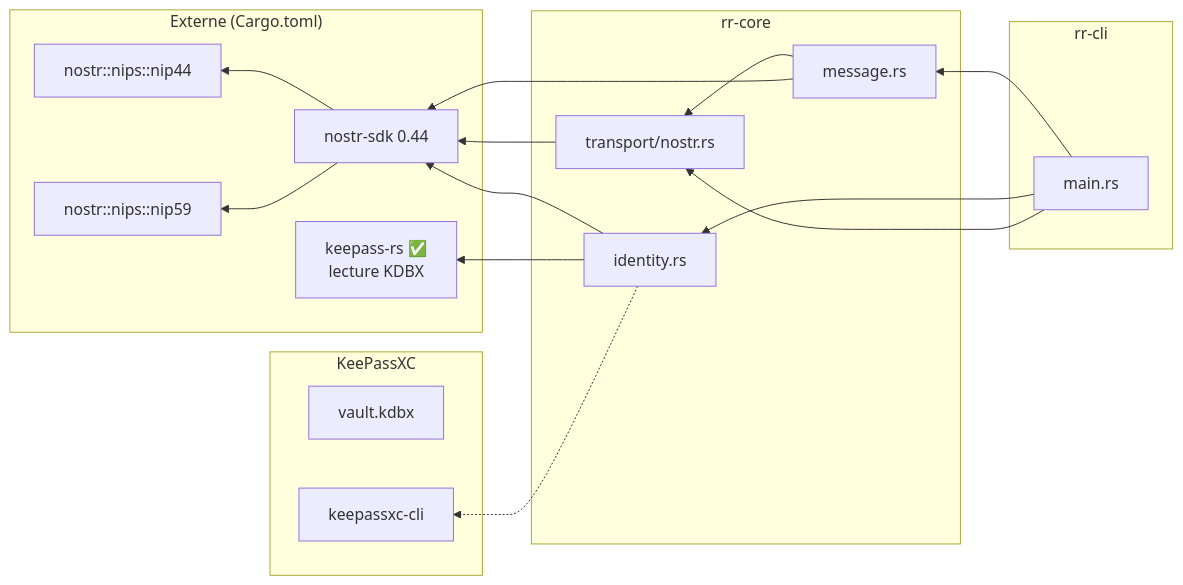
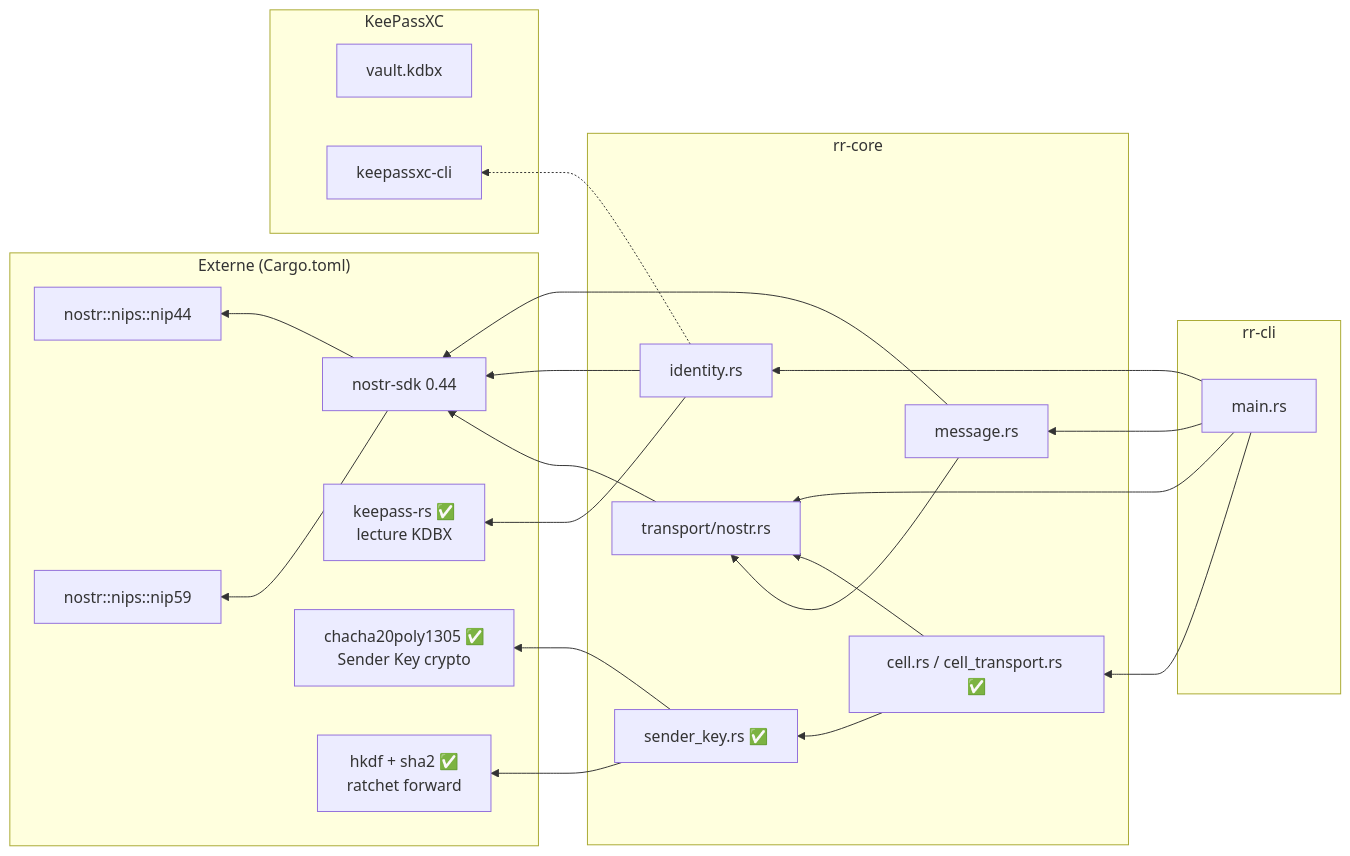
Before and after one commit to giak/reseau-racine: diagram 12 of 13 in docs/ARCHITECTURE.md, drawn with Mermaid. The commit also changed other lines of this file and 2 other files, not shown here.

Commit message:
docs: sync README, GUIDE, ARCHITECTURE for EPIC 2+5

````diff
--- a/docs/ARCHITECTURE.md
+++ b/docs/ARCHITECTURE.md
@@ -412,36 +427,45 @@
 ```mermaid
 graph RL
     subgraph RR_CLI["rr-cli"]
         MAIN["main.rs"]
     end
 
     subgraph RR_CORE["rr-core"]
         IDENTITY["identity.rs"]
         MESSAGE["message.rs"]
         TRANSPORT["transport/nostr.rs"]
+        CELL["cell.rs / cell_transport.rs ✅"]
+        SK["sender_key.rs ✅"]
     end
 
     subgraph EXTERNAL["Externe (Cargo.toml)"]
         NS["nostr-sdk 0.44"]
         N44["nostr::nips::nip44"]
         N59["nostr::nips::nip59"]
         KP["keepass-rs ✅<br/>lecture KDBX"]
+        CHACHA["chacha20poly1305 ✅<br/>Sender Key crypto"]
+        HKDF["hkdf + sha2 ✅<br/>ratchet forward"]
     end
 
     subgraph KEYCHAIN["KeePassXC"]
         KDBX["vault.kdbx"]
         CLI_XC_EXT["keepassxc-cli"]
     end
 
     MAIN --> MESSAGE
     MAIN --> IDENTITY
     MAIN --> TRANSPORT
+    MAIN --> CELL
+    CELL --> SK
+    CELL --> TRANSPORT
+    SK --> CHACHA
+    SK --> HKDF
     MESSAGE --> TRANSPORT
     MESSAGE --> NS
     IDENTITY --> NS
     TRANSPORT --> NS
     NS --> N44
     NS --> N59
     IDENTITY --> KP
     IDENTITY -.-> CLI_XC_EXT
 ```
````
